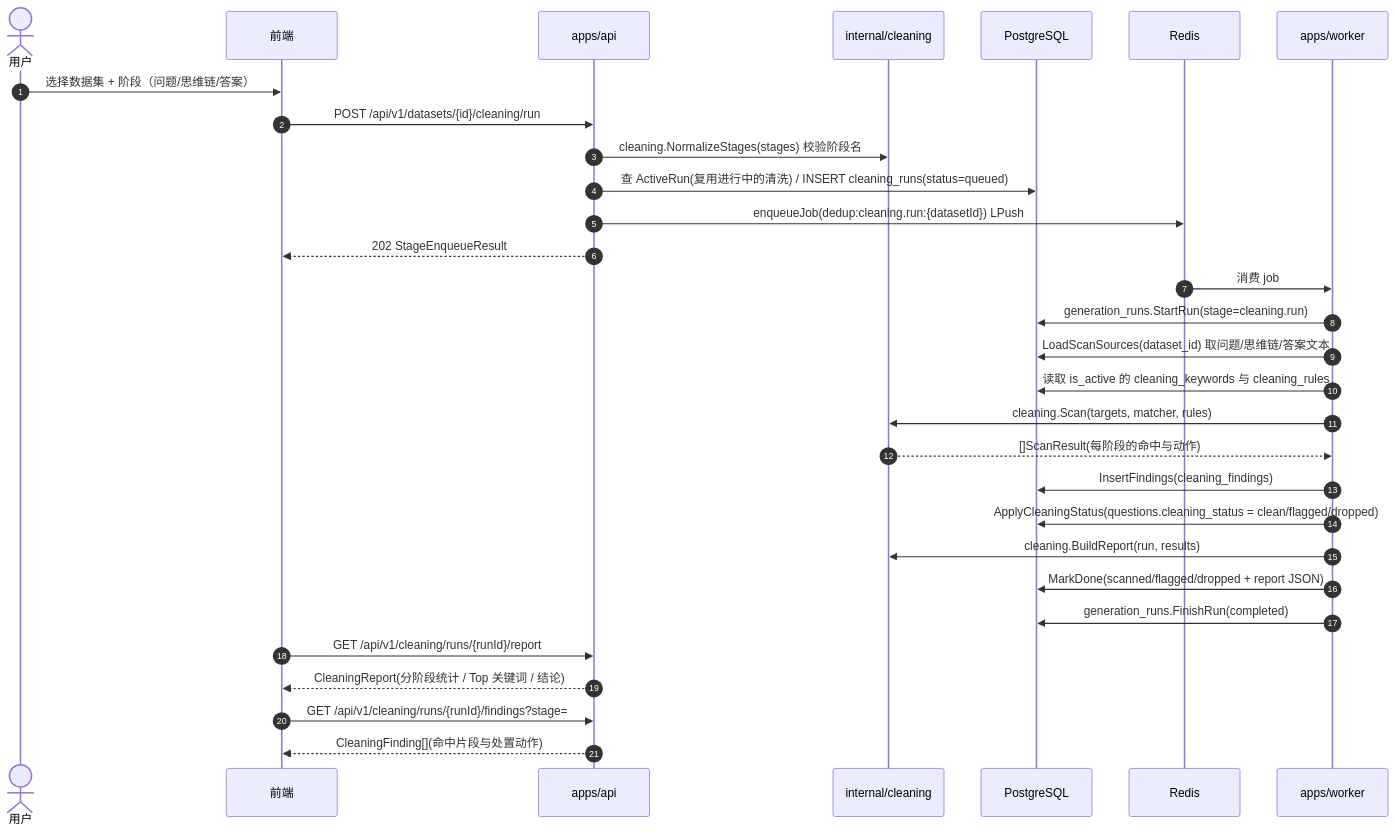
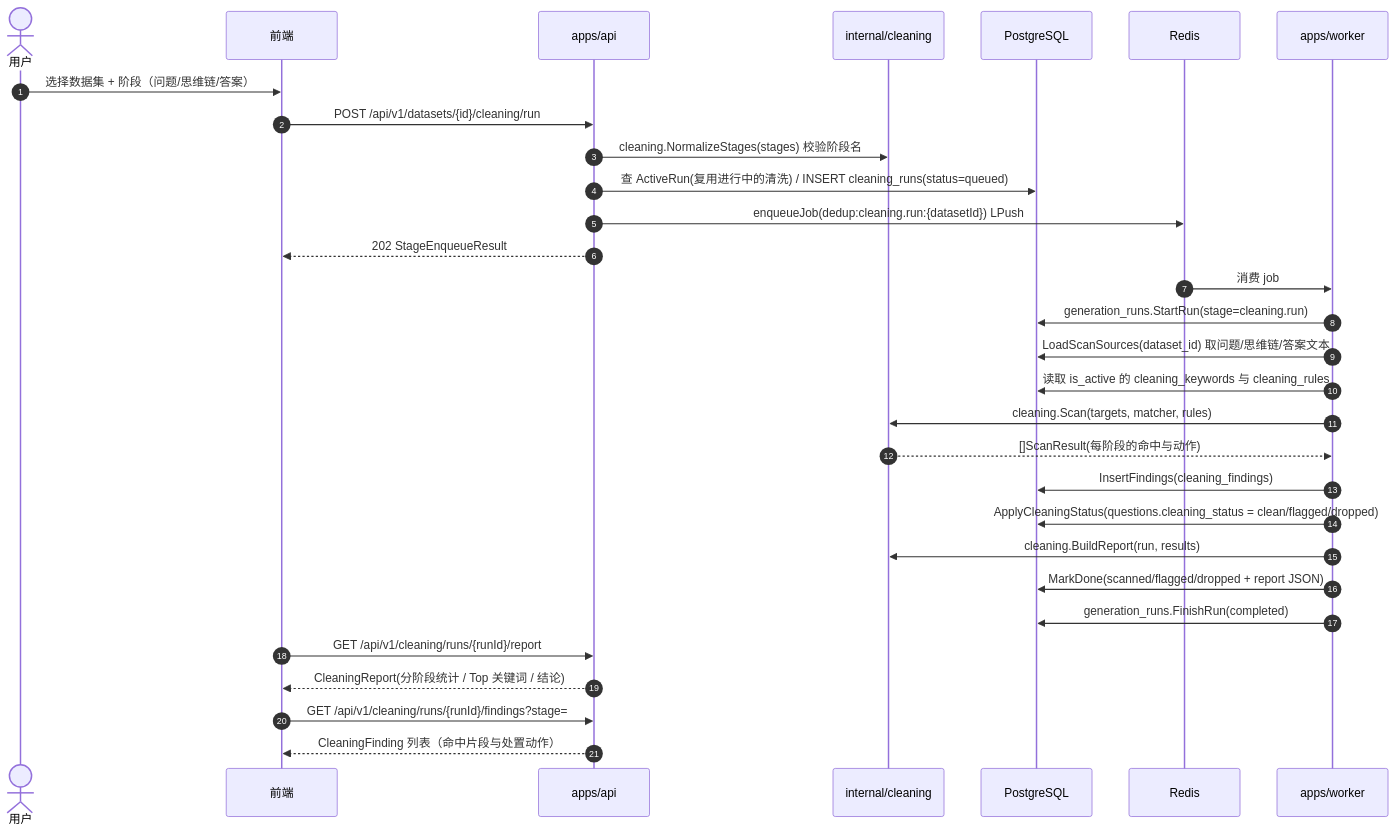
One commit to 1420970597/llm changed the third of 3 diagrams in docs/architecture/phase-8-eval-and-cleaning.md. Above: the diagram before and after it, drawn with Mermaid. The commit also changed other lines of this file, not shown here.

Commit message:
docs(architecture): 统一待合并标注措辞并修正时序图节点文本

````diff
--- a/docs/architecture/phase-8-eval-and-cleaning.md
+++ b/docs/architecture/phase-8-eval-and-cleaning.md
@@ -493,33 +493,33 @@
 ```mermaid
 sequenceDiagram
     autonumber
     actor U as 用户
     participant W as 前端
     participant A as apps/api
     participant C as internal/cleaning
     participant D as PostgreSQL
     participant R as Redis
     participant K as apps/worker
 
     U->>W: 选择数据集 + 阶段（问题/思维链/答案）
     W->>A: POST /api/v1/datasets/{id}/cleaning/run
     A->>C: cleaning.NormalizeStages(stages) 校验阶段名
     A->>D: 查 ActiveRun(复用进行中的清洗) / INSERT cleaning_runs(status=queued)
     A->>R: enqueueJob(dedup:cleaning.run:{datasetId}) LPush
     A-->>W: 202 StageEnqueueResult
     R->>K: 消费 job
     K->>D: generation_runs.StartRun(stage=cleaning.run)
     K->>D: LoadScanSources(dataset_id) 取问题/思维链/答案文本
     K->>D: 读取 is_active 的 cleaning_keywords 与 cleaning_rules
     K->>C: cleaning.Scan(targets, matcher, rules)
     C-->>K: []ScanResult(每阶段的命中与动作)
     K->>D: InsertFindings(cleaning_findings)
     K->>D: ApplyCleaningStatus(questions.cleaning_status = clean/flagged/dropped)
     K->>C: cleaning.BuildReport(run, results)
     K->>D: MarkDone(scanned/flagged/dropped + report JSON)
     K->>D: generation_runs.FinishRun(completed)
     W->>A: GET /api/v1/cleaning/runs/{runId}/report
     A-->>W: CleaningReport(分阶段统计 / Top 关键词 / 结论)
     W->>A: GET /api/v1/cleaning/runs/{runId}/findings?stage=
-    A-->>W: CleaningFinding[](命中片段与处置动作)
+    A-->>W: CleaningFinding 列表（命中片段与处置动作）
 ```
````
